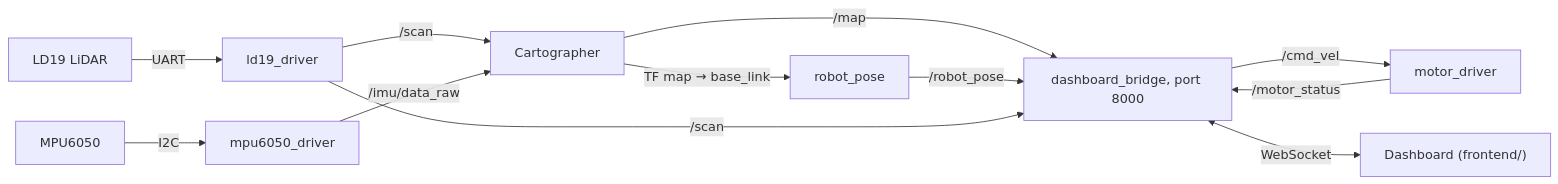
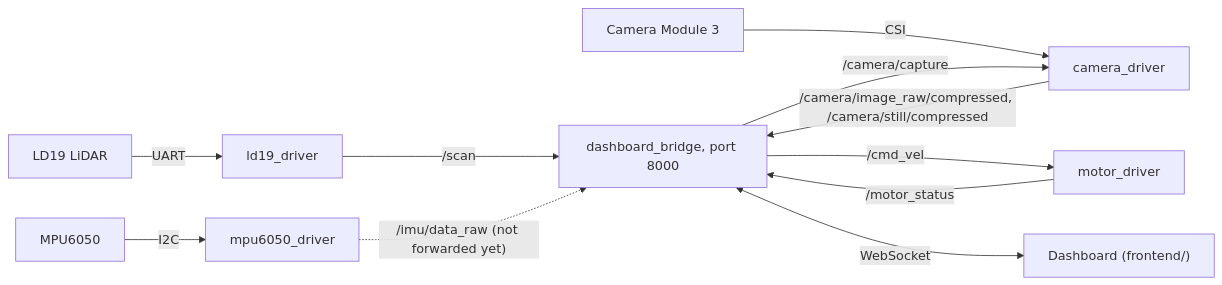
Before and after one commit to matthewthomasbeck/Prowl: the diagram in edge/ROADMAP.md, drawn with Mermaid. The commit also changed other lines of this file and 78 other files, not shown here.

First line of the commit message:
Dashboard: Map, Camera and Photos pages, and fix the lag on the robot

````diff
--- a/edge/ROADMAP.md
+++ b/edge/ROADMAP.md
@@ -26,14 +26,13 @@
 ```mermaid
 flowchart LR
   lidar["LD19 LiDAR"] -->|UART| ld19["ld19_driver"]
   mpu["MPU6050"] -->|I2C| imu["mpu6050_driver"]
-  ld19 -->|"/scan"| carto["Cartographer"]
-  imu -->|"/imu/data_raw"| carto
-  carto -->|"/map"| bridge["dashboard_bridge, port 8000"]
-  carto -->|"TF map → base_link"| pose["robot_pose"]
-  pose -->|"/robot_pose"| bridge
-  ld19 -->|"/scan"| bridge
+  ld19 -->|"/scan"| bridge["dashboard_bridge, port 8000"]
+  imu -.->|"/imu/data_raw (not forwarded yet)"| bridge
+  cam["Camera Module 3"] -->|CSI| camera["camera_driver"]
+  camera -->|"/camera/image_raw/compressed, /camera/still/compressed"| bridge
+  bridge -->|"/camera/capture"| camera
   motor["motor_driver"] -->|"/motor_status"| bridge
   bridge -->|"/cmd_vel"| motor
   bridge <-->|WebSocket| dash["Dashboard (frontend/)"]
 ```
````
